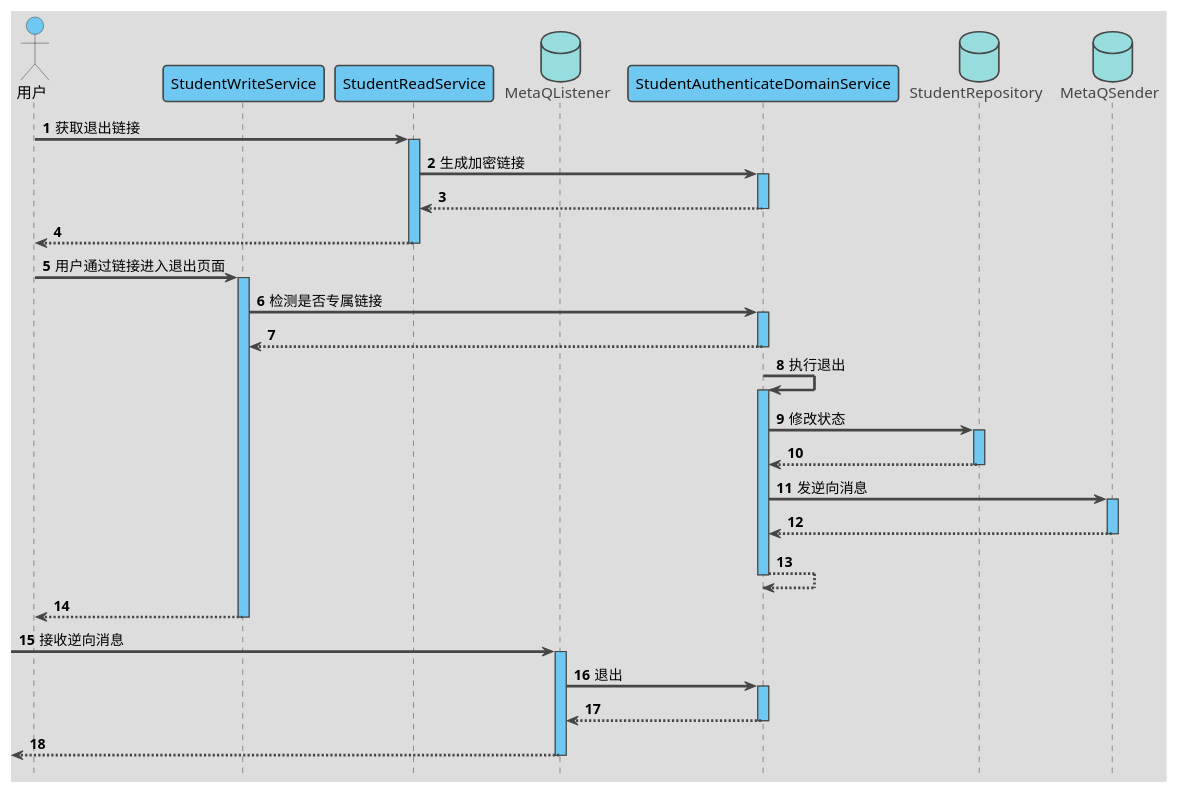
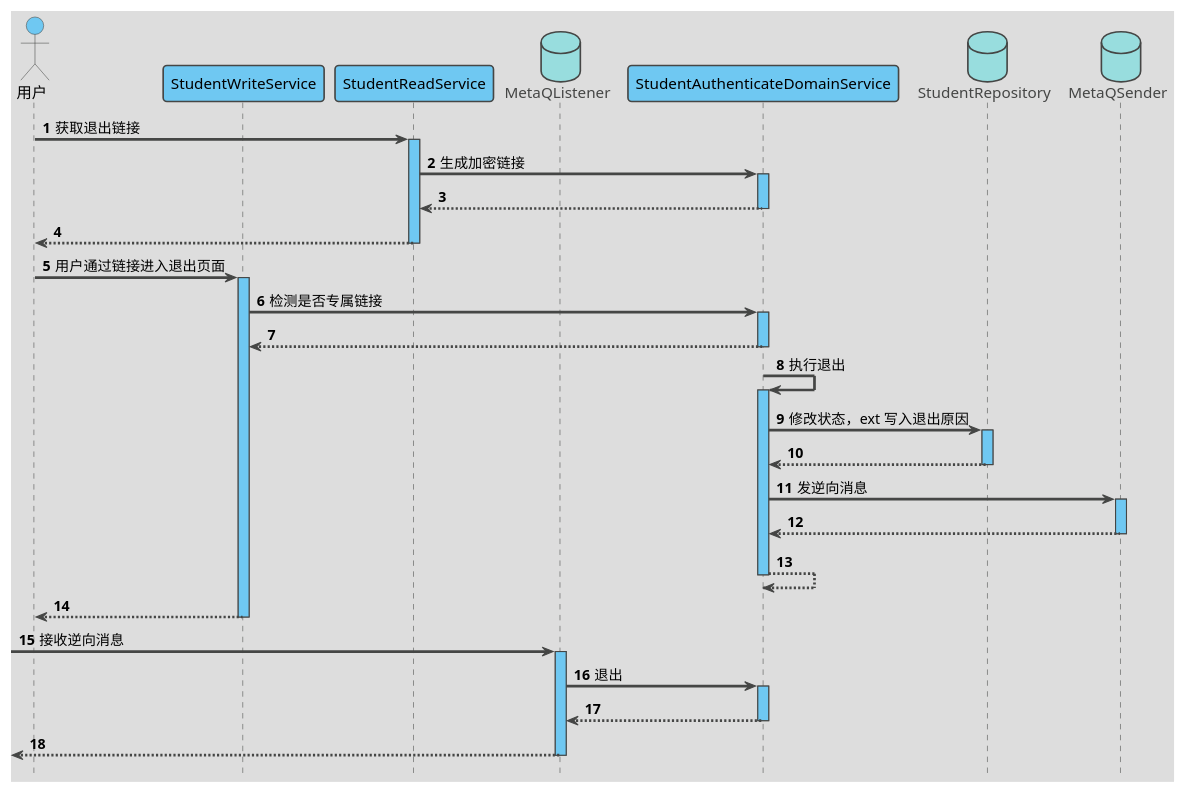
The diagram in src/main/resource/天猫校园/学生认证/学生逆向/用户取消授权.puml (xauvlove/uml), drawn with PlantUML before and after one commit. The commit also changed 7 other files, not shown here.

```diff
--- a/src/main/resource/天猫校园/学生认证/学生逆向/用户取消授权.puml
+++ b/src/main/resource/天猫校园/学生认证/学生逆向/用户取消授权.puml
@@ -1,68 +1,68 @@
 @startuml
 'https://plantuml.com/sequence-diagram
 
 '隐藏脚注
 hide footbox
 autoActivate on
 
 '使用 toy 主题
 !theme toy
 
 '编号
 autonumber 1
 
 '隐藏孤立的参与者
 hide unlinked
 
 '文字对齐，向左对齐
 skinparam sequenceMessageAlign left
 
 '箭头粗度
 skinparam sequenceArrowThickness 2.5
 
 ' 皮肤
 skinparam sequence {
     LifeLineBackgroundColor #6FC8F2
     ParticipantBackgroundColor #6FC8F2
     ParticipantFontColor black
     ActorBackgroundColor #6FC8F2
     ActorFontColor black
 }
 
 actor 用户 as user
 participant StudentWriteService as StudentWriteService
 participant StudentReadService as StudentReadService
 database MetaQListener as MetaQListener
 participant StudentAuthenticateDomainService as StudentAuthenticateDomainService
 database StudentRepository as StudentRepository
 database MetaQSender as MetaQSender
 
 user -> StudentReadService : 获取退出链接
 
 StudentReadService -> StudentAuthenticateDomainService : 生成加密链接
 return
 return
 
 user -> StudentWriteService : 用户通过链接进入退出页面
 
 StudentWriteService -> StudentAuthenticateDomainService : 检测是否专属链接
 return
 
 StudentAuthenticateDomainService -> StudentAuthenticateDomainService : 执行退出
 
-StudentAuthenticateDomainService -> StudentRepository : 修改状态
+StudentAuthenticateDomainService -> StudentRepository : 修改状态，ext 写入退出原因
 return
 StudentAuthenticateDomainService -> MetaQSender : 发逆向消息
 return
 
 return
 return
 
 
 -> MetaQListener : 接收逆向消息
 
 MetaQListener -> StudentAuthenticateDomainService : 退出
 return
 return
 
 @enduml
```
